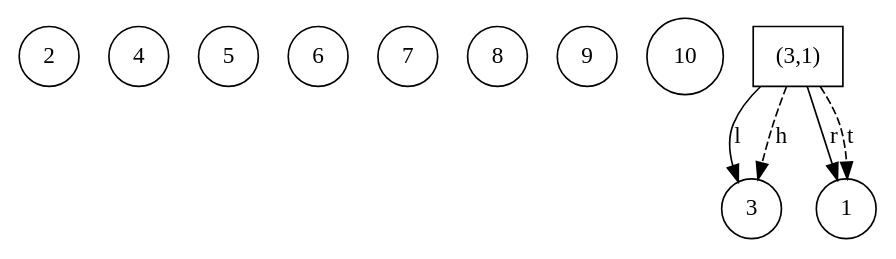
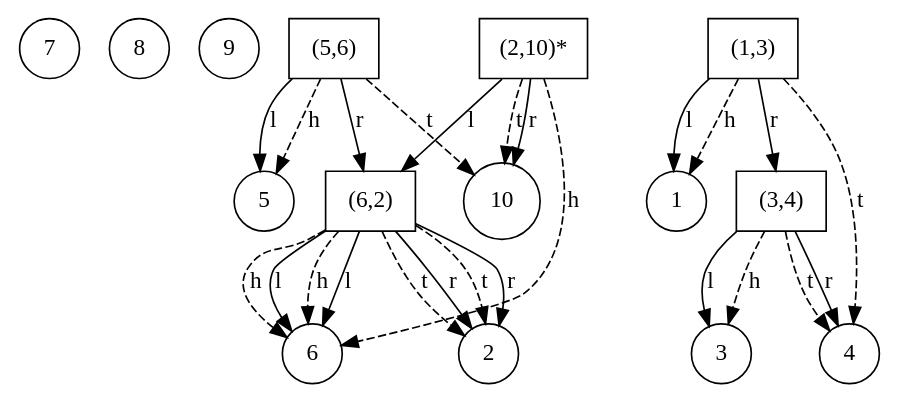
Before and after one commit to Musab1Blaser/DynamicTrees_NF: the diagram in ST-Tree/src/internal_graph.dot, drawn with Graphviz. The commit also changed 4 other files, not shown here.

```diff
--- a/ST-Tree/src/internal_graph.dot
+++ b/ST-Tree/src/internal_graph.dot
@@ -1,17 +1,44 @@
 digraph G {
-2 [shape=circle];
-4 [shape=circle];
-5 [shape=circle];
-6 [shape=circle];
 7 [shape=circle];
 8 [shape=circle];
 9 [shape=circle];
+"(5,6)" [shape=box];
+5 [shape=circle];
+"(5,6)" -> 5 [label=l];
+"(5,6)" -> "(6,2)" [label=r];
+"(5,6)" -> 5 [style=dashed, label = h];
+"(5,6)" -> 10 [style=dashed, label = t];
+"(6,2)" [shape=box];
+6 [shape=circle];
+"(6,2)" -> 6 [label=l];
+2 [shape=circle];
+"(6,2)" -> 2 [label=r];
+"(6,2)" -> 6 [style=dashed, label = h];
+"(6,2)" -> 2 [style=dashed, label = t];
+"(1,3)" [shape=box];
+1 [shape=circle];
+"(1,3)" -> 1 [label=l];
+"(1,3)" -> "(3,4)" [label=r];
+"(1,3)" -> 1 [style=dashed, label = h];
+"(1,3)" -> 4 [style=dashed, label = t];
+"(3,4)" [shape=box];
+3 [shape=circle];
+"(3,4)" -> 3 [label=l];
+4 [shape=circle];
+"(3,4)" -> 4 [label=r];
+"(3,4)" -> 3 [style=dashed, label = h];
+"(3,4)" -> 4 [style=dashed, label = t];
+"(2,10)*" [shape=box];
+"(2,10)*" -> "(6,2)" [label=l];
 10 [shape=circle];
-"(3,1)" [shape=box];
-3 [shape=circle];
-"(3,1)" -> 3 [label=l];
-1 [shape=circle];
-"(3,1)" -> 1 [label=r];
-"(3,1)" -> 3 [style=dashed, label = h];
-"(3,1)" -> 1 [style=dashed, label = t];
+"(2,10)*" -> 10 [label=r];
+"(2,10)*" -> 6 [style=dashed, label = h];
+"(2,10)*" -> 10 [style=dashed, label = t];
+"(6,2)" [shape=box];
+6 [shape=circle];
+"(6,2)" -> 6 [label=l];
+2 [shape=circle];
+"(6,2)" -> 2 [label=r];
+"(6,2)" -> 6 [style=dashed, label = h];
+"(6,2)" -> 2 [style=dashed, label = t];
 }
```
